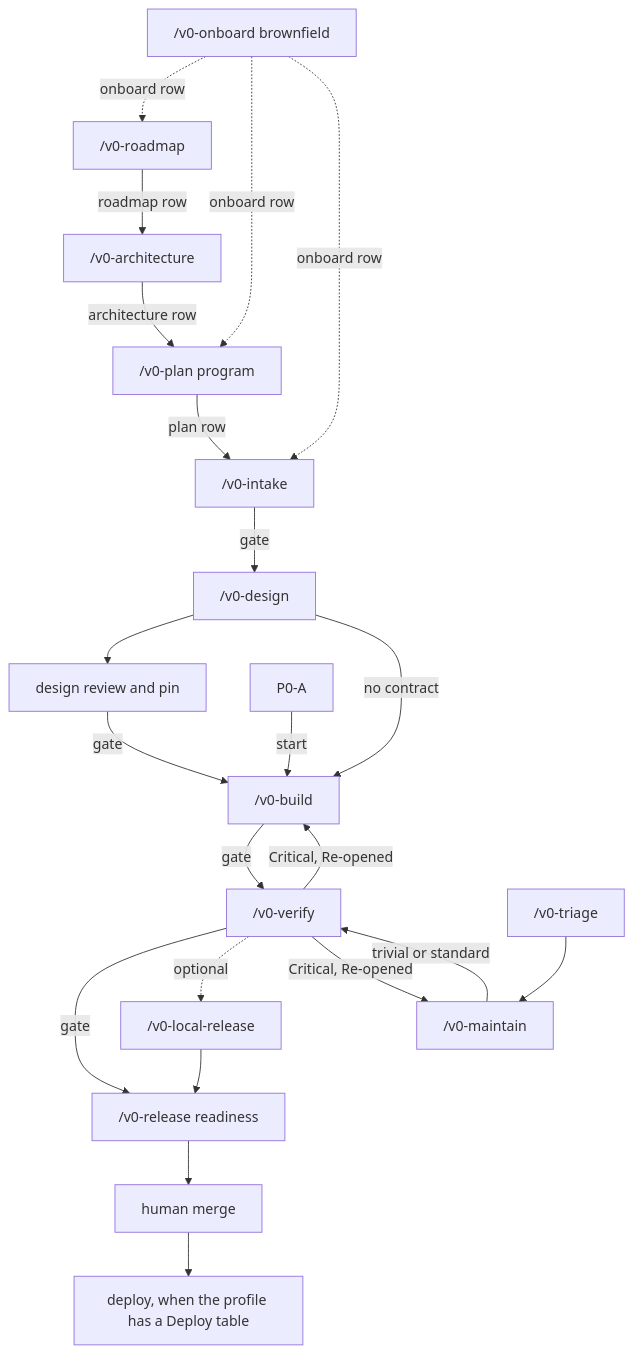
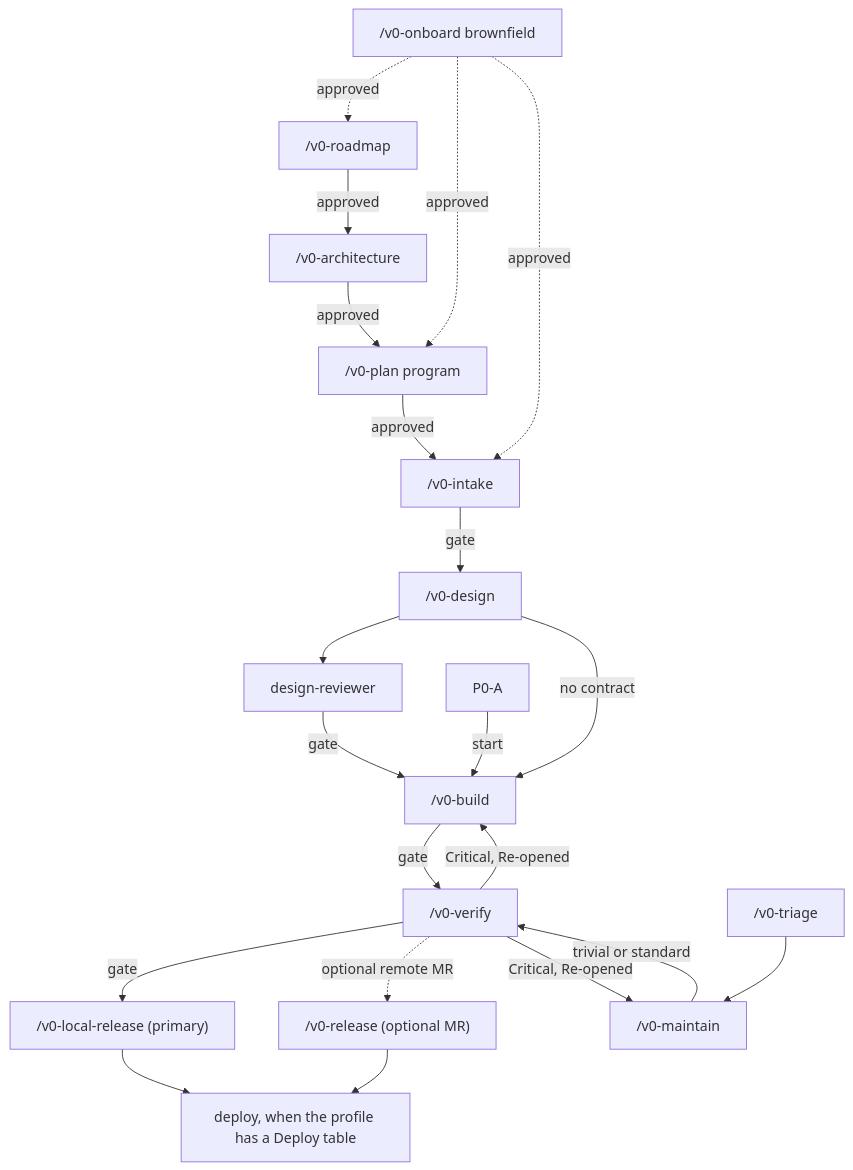
Before and after one commit to mdurana/agents-v0-kit: the diagram in templates/docs/agents-v0/agents-v0-kit.md, drawn with Mermaid. The commit also changed other lines of this file and 135 other files, not shown here.

````diff
--- a/templates/docs/agents-v0/agents-v0-kit.md
+++ b/templates/docs/agents-v0/agents-v0-kit.md
@@ -9,41 +9,39 @@
 ```mermaid
 flowchart TD
   onboard["/v0-onboard brownfield"]
   roadmap["/v0-roadmap"]
   arch["/v0-architecture"]
   plan["/v0-plan program"]
   intake["/v0-intake"]
   design["/v0-design"]
-  dreview["design review and pin"]
+  dreview["design-reviewer"]
   build["/v0-build"]
   p0["P0-A"]
   verify["/v0-verify"]
-  localrel["/v0-local-release"]
-  release["/v0-release readiness"]
-  merge["human merge"]
+  localrel["/v0-local-release (primary)"]
+  release["/v0-release (optional MR)"]
   deploy["deploy, when the profile has a Deploy table"]
   triage["/v0-triage"]
   maintain["/v0-maintain"]
 
-  onboard -.->|onboard row| roadmap
-  onboard -.->|onboard row| plan
-  onboard -.->|onboard row| intake
-  roadmap -->|roadmap row| arch
-  arch -->|architecture row| plan
-  plan -->|plan row| intake
+  onboard -.->|approved| roadmap
+  onboard -.->|approved| plan
+  onboard -.->|approved| intake
+  roadmap -->|approved| arch
+  arch -->|approved| plan
+  plan -->|approved| intake
   intake -->|gate| design
   design --> dreview
   dreview -->|gate| build
   design -->|no contract| build
   p0 -->|start| build
   build -->|gate| verify
   verify -->|Critical, Re-opened| build
-  verify -->|gate| release
-  verify -.->|optional| localrel
-  localrel --> release
-  release --> merge
-  merge --> deploy
+  verify -->|gate| localrel
+  verify -.->|optional remote MR| release
+  localrel --> deploy
+  release --> deploy
   triage --> maintain
   maintain -->|trivial or standard| verify
   verify -->|Critical, Re-opened| maintain
 ```
````
